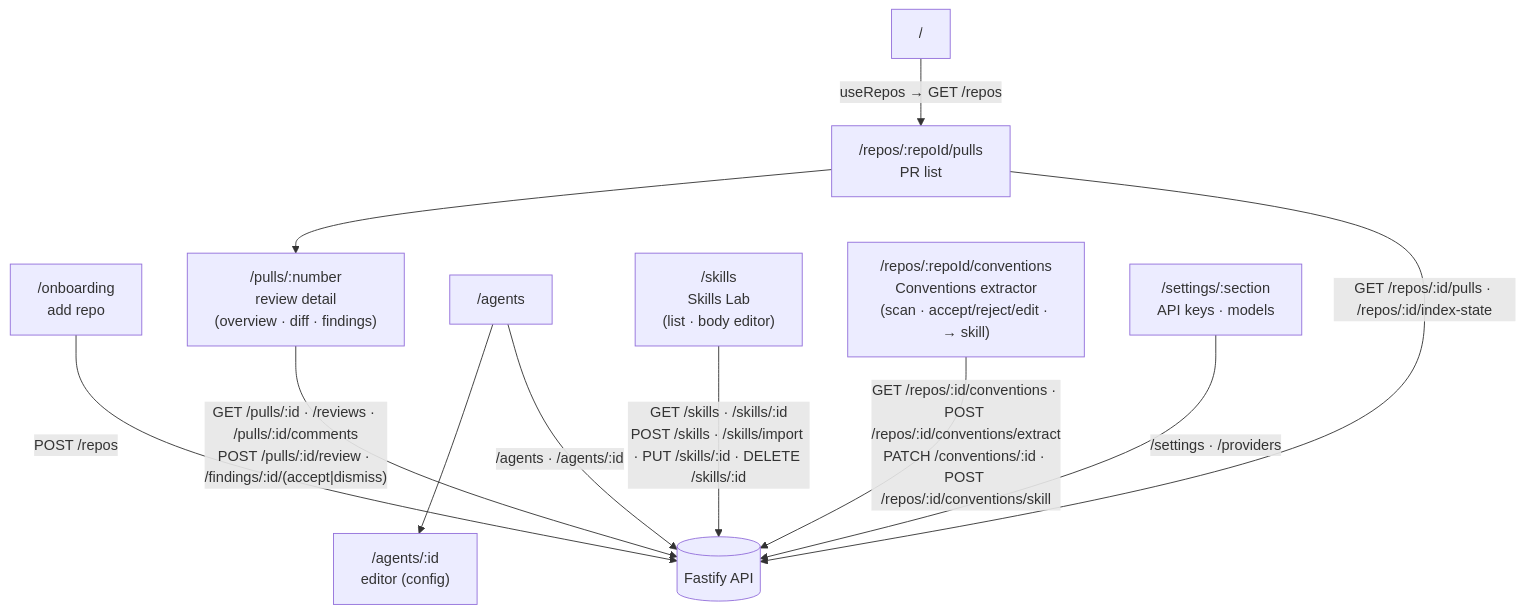
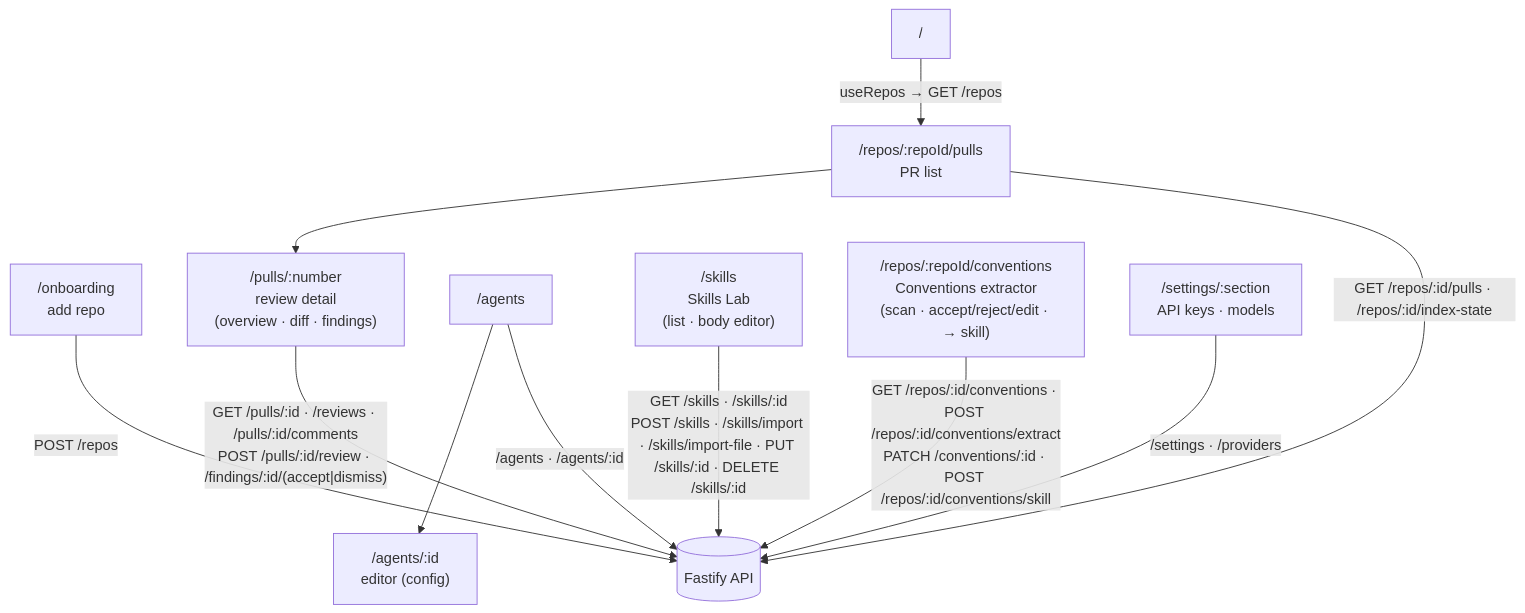
The diagram in client/README.md (AIengineerDev/dev-digest), drawn with Mermaid before and after one commit. The commit also changed 16 other files, not shown here.

````diff
--- a/client/README.md
+++ b/client/README.md
@@ -24,18 +24,18 @@
 ```mermaid
 flowchart TD
   ROOT["/"] -->|"useRepos → GET /repos"| PULLS["/repos/:repoId/pulls<br/>PR list"]
   ONB["/onboarding<br/>add repo"] -->|"POST /repos"| API[("Fastify API")]
   PULLS --> PR["/pulls/:number<br/>review detail<br/>(overview · diff · findings)"]
 
   AGENTS["/agents"] --> AGENT["/agents/:id<br/>editor (config)"]
   SKILLS["/skills<br/>Skills Lab<br/>(list · body editor)"]
   CONV["/repos/:repoId/conventions<br/>Conventions extractor<br/>(scan · accept/reject/edit · → skill)"]
   SETTINGS["/settings/:section<br/>API keys · models"]
 
   PULLS -->|"GET /repos/:id/pulls · /repos/:id/index-state"| API
   PR -->|"GET /pulls/:id · /reviews · /pulls/:id/comments<br/>POST /pulls/:id/review · /findings/:id/(accept|dismiss)"| API
   AGENTS -->|"/agents · /agents/:id"| API
-  SKILLS -->|"GET /skills · /skills/:id<br/>POST /skills · /skills/import · PUT /skills/:id · DELETE /skills/:id"| API
+  SKILLS -->|"GET /skills · /skills/:id<br/>POST /skills · /skills/import · /skills/import-file · PUT /skills/:id · DELETE /skills/:id"| API
   CONV -->|"GET /repos/:id/conventions · POST /repos/:id/conventions/extract<br/>PATCH /conventions/:id · POST /repos/:id/conventions/skill"| API
   SETTINGS -->|"/settings · /providers"| API
 ```
````
